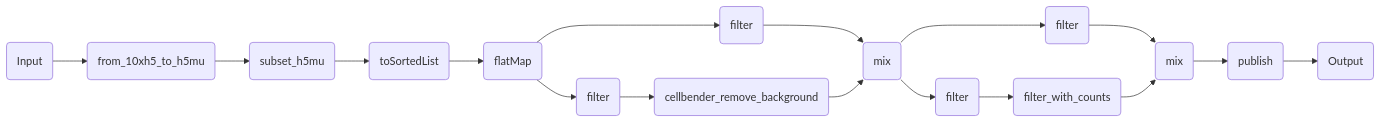
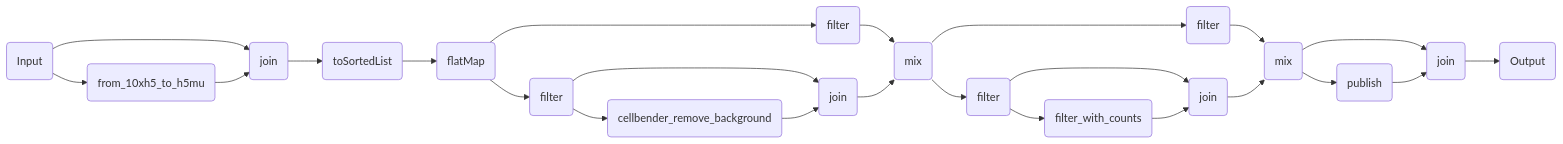
One commit to openpipelines-bio/website changed the diagram in components/workflows/ingestion/cellranger_postprocessing.qmd. Above: the diagram before and after it, drawn with Mermaid. The commit also changed other lines of this file and 92 other files, not shown here.

````diff
--- a/components/workflows/ingestion/cellranger_postprocessing.qmd
+++ b/components/workflows/ingestion/cellranger_postprocessing.qmd
@@ -115,36 +117,46 @@
 ```{mermaid}
 %%| column: screen-inset-shaded
 flowchart LR
     p0(Input)
-    p7(from_10xh5_to_h5mu)
-    p17(subset_h5mu)
-    p23(toSortedList)
-    p25(flatMap)
-    p27(filter)
-    p33(cellbender_remove_background)
-    p39(mix)
-    p38(filter)
-    p40(filter)
-    p47(filter_with_counts)
-    p52(mix)
-    p51(filter)
-    p59(publish)
-    p66(Output)
-    p38-->p39
+    p6(from_10xh5_to_h5mu)
+    p8(join)
+    p12(toSortedList)
+    p14(flatMap)
+    p15(filter)
+    p21(cellbender_remove_background)
+    p23(join)
+    p27(mix)
+    p26(filter)
+    p28(filter)
+    p34(filter_with_counts)
+    p36(join)
+    p40(mix)
+    p39(filter)
+    p46(publish)
+    p48(join)
+    p54(Output)
+    p14-->p15
+    p14-->p26
+    p26-->p27
+    p27-->p28
+    p27-->p39
     p39-->p40
-    p39-->p51
-    p51-->p52
-    p0-->p7
-    p7-->p17
-    p17-->p23
-    p23-->p25
-    p25-->p27
-    p25-->p38
-    p27-->p33
-    p33-->p39
-    p40-->p47
-    p47-->p52
-    p52-->p59
-    p59-->p66
+    p0-->p8
+    p0-->p6
+    p6-->p8
+    p8-->p12
+    p12-->p14
+    p15-->p23
+    p15-->p21
+    p21-->p23
+    p23-->p27
+    p28-->p36
+    p28-->p34
+    p34-->p36
+    p36-->p40
+    p40-->p48
+    p40-->p46
+    p46-->p48
+    p48-->p54
 
 ```
````
